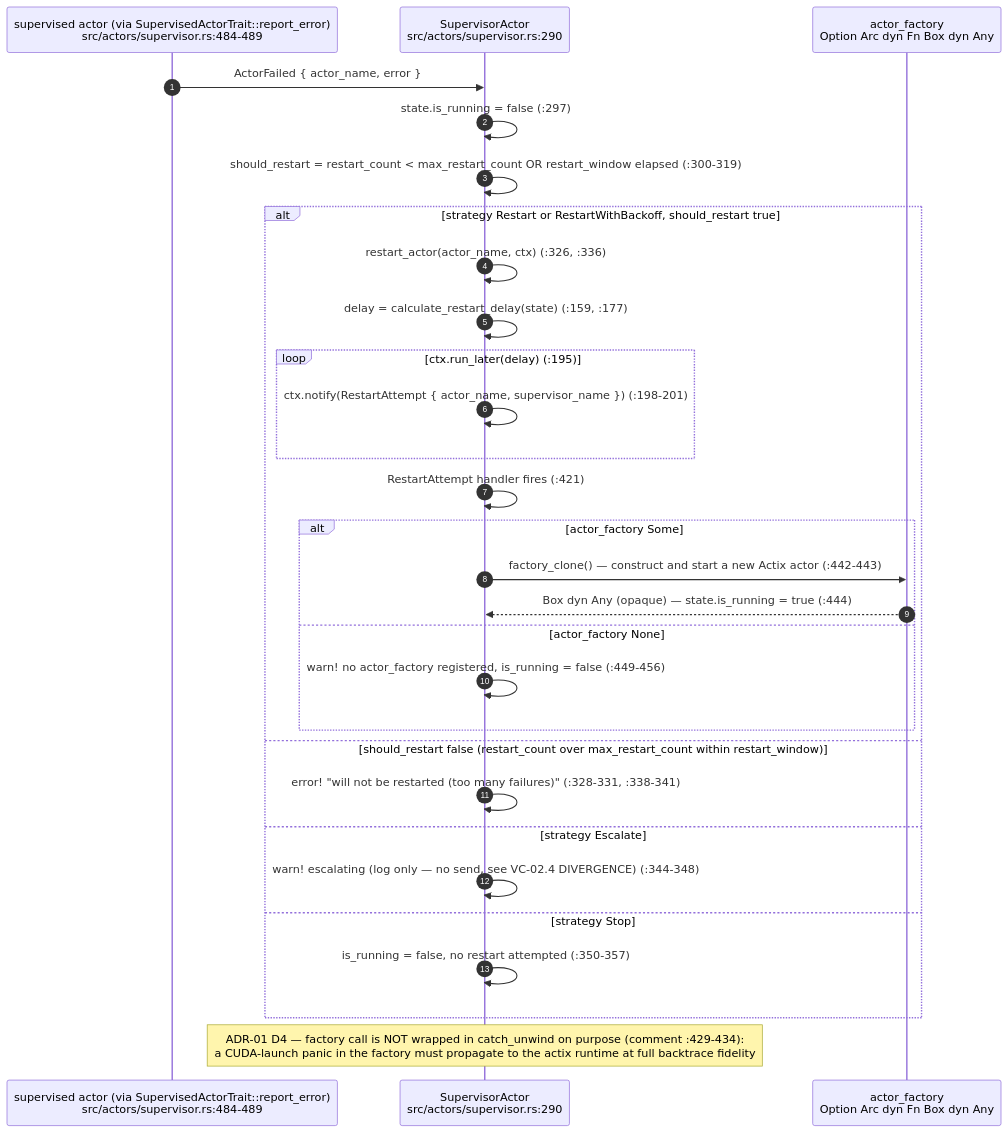
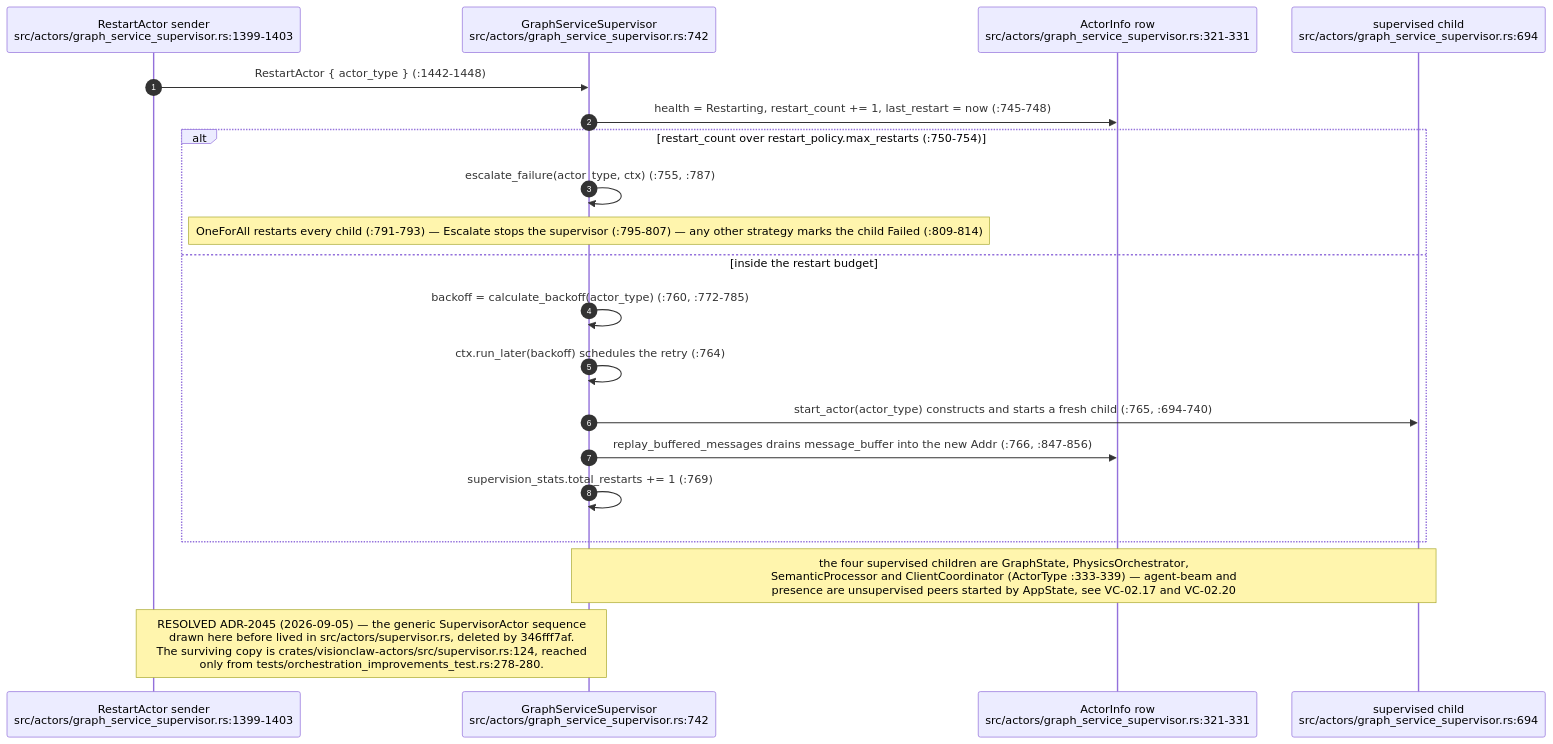
Before and after one commit to DreamLab-AI/AR-AI-Knowledge-Graph: the fifth of 20 diagrams in docs/diagrams/visionclaw/02-actor-supervision.md, drawn with Mermaid. The commit also changed other lines of this file and 172 other files, not shown here.

````diff
--- a/docs/diagrams/visionclaw/02-actor-supervision.md
+++ b/docs/diagrams/visionclaw/02-actor-supervision.md
@@ -213,32 +215,23 @@
 ```mermaid
 sequenceDiagram
     autonumber
-    participant C as supervised actor (via SupervisedActorTrait::report_error)<br/>src/actors/supervisor.rs:484-489
-    participant S as SupervisorActor<br/>src/actors/supervisor.rs:290
-    participant F as actor_factory<br/>Option Arc dyn Fn Box dyn Any
+    participant OP as RestartActor sender<br/>src/actors/graph_service_supervisor.rs:1399-1403
+    participant S as GraphServiceSupervisor<br/>src/actors/graph_service_supervisor.rs:742
+    participant AI as ActorInfo row<br/>src/actors/graph_service_supervisor.rs:321-331
+    participant CH as supervised child<br/>src/actors/graph_service_supervisor.rs:694
 
-    C->>S: ActorFailed { actor_name, error }
-    S->>S: state.is_running = false (:297)
-    S->>S: should_restart = restart_count < max_restart_count OR restart_window elapsed (:300-319)
-    alt strategy Restart or RestartWithBackoff, should_restart true
-        S->>S: restart_actor(actor_name, ctx) (:326, :336)
-        S->>S: delay = calculate_restart_delay(state) (:159, :177)
-        loop ctx.run_later(delay) (:195)
-            S->>S: ctx.notify(RestartAttempt { actor_name, supervisor_name }) (:198-201)
-        end
-        S->>S: RestartAttempt handler fires (:421)
-        alt actor_factory Some
-            S->>F: factory_clone() — construct and start a new Actix actor (:442-443)
-            F-->>S: Box dyn Any (opaque) — state.is_running = true (:444)
-        else actor_factory None
-            S->>S: warn! no actor_factory registered, is_running = false (:449-456)
-        end
-    else should_restart false (restart_count over max_restart_count within restart_window)
-        S->>S: error! "will not be restarted (too many failures)" (:328-331, :338-341)
-    else strategy Escalate
-        S->>S: warn! escalating (log only — no send, see VC-02.4 DIVERGENCE) (:344-348)
-    else strategy Stop
-        S->>S: is_running = false, no restart attempted (:350-357)
+    OP->>S: RestartActor { actor_type } (:1442-1448)
+    S->>AI: health = Restarting, restart_count += 1, last_restart = now (:745-748)
+    alt restart_count over restart_policy.max_restarts (:750-754)
+        S->>S: escalate_failure(actor_type, ctx) (:755, :787)
+        Note over S: OneForAll restarts every child (:791-793) — Escalate stops the supervisor (:795-807) — any other strategy marks the child Failed (:809-814)
+    else inside the restart budget
+        S->>S: backoff = calculate_backoff(actor_type) (:760, :772-785)
+        S->>S: ctx.run_later(backoff) schedules the retry (:764)
+        S->>CH: start_actor(actor_type) constructs and starts a fresh child (:765, :694-740)
+        S->>AI: replay_buffered_messages drains message_buffer into the new Addr (:766, :847-856)
+        S->>S: supervision_stats.total_restarts += 1 (:769)
     end
-    Note over S: ADR-01 D4 — factory call is NOT wrapped in catch_unwind on purpose (comment :429-434):<br/>a CUDA-launch panic in the factory must propagate to the actix runtime at full backtrace fidelity
+    Note over S,CH: the four supervised children are GraphState, PhysicsOrchestrator,<br/>SemanticProcessor and ClientCoordinator (ActorType :333-339) — agent-beam and<br/>presence are unsupervised peers started by AppState, see VC-02.17 and VC-02.20
+    Note over OP,S: RESOLVED ADR-2045 (2026-09-05) — the generic SupervisorActor sequence<br/>drawn here before lived in src/actors/supervisor.rs, deleted by 346fff7af.<br/>The surviving copy is crates/visionclaw-actors/src/supervisor.rs:124, reached<br/>only from tests/orchestration_improvements_test.rs:278-280.
 ```
````
